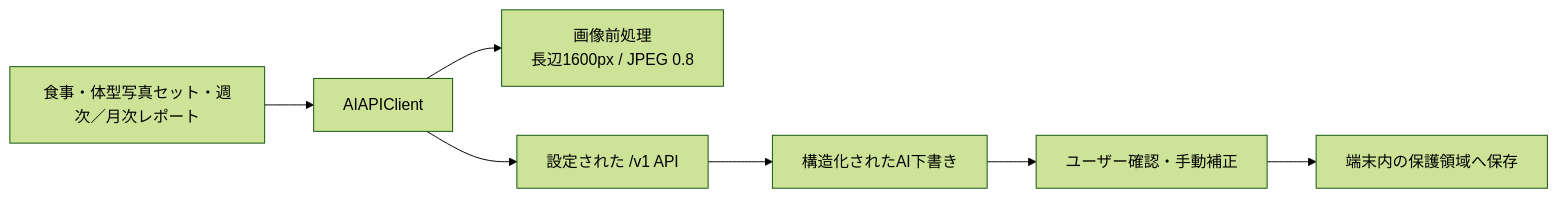
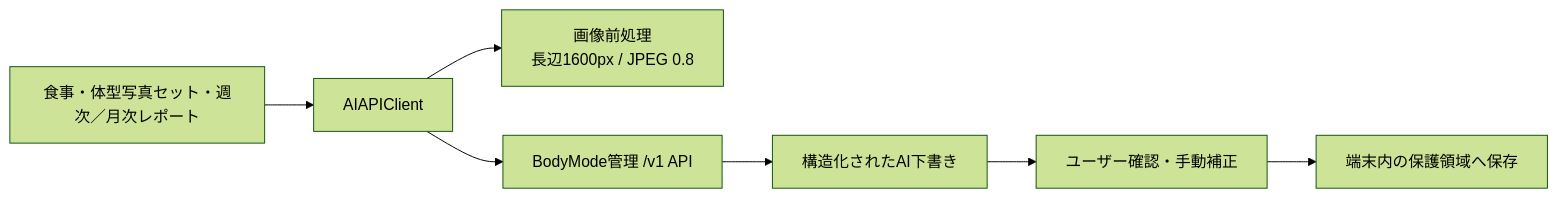
Before and after one commit to YukitoshiM/gym-training-app: the diagram in docs/ai_server_integration.md, drawn with Mermaid (forest theme). The commit also changed other lines of this file and 1368 other files, not shown here.

````diff
--- a/docs/ai_server_integration.md
+++ b/docs/ai_server_integration.md
@@ -11,9 +11,9 @@
 ```mermaid
 flowchart LR
     UI["食事・体型写真セット・週次／月次レポート"] --> Client["AIAPIClient"]
     Client --> Image["画像前処理<br/>長辺1600px / JPEG 0.8"]
-    Client --> API["設定された /v1 API"]
+    Client --> API["BodyMode管理 /v1 API"]
     API --> Draft["構造化されたAI下書き"]
     Draft --> Confirm["ユーザー確認・手動補正"]
     Confirm --> Store["端末内の保護領域へ保存"]
 ```
````
